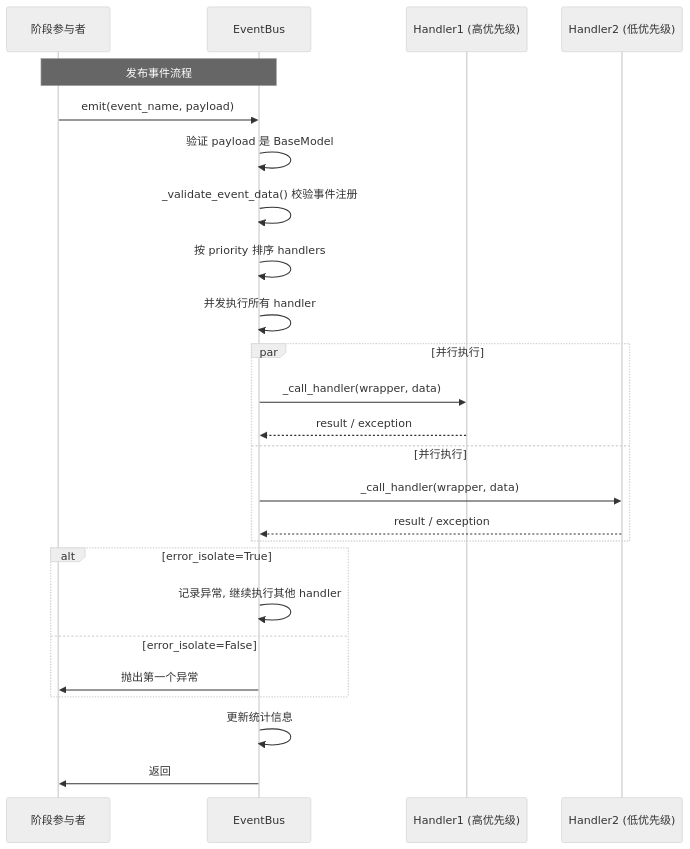
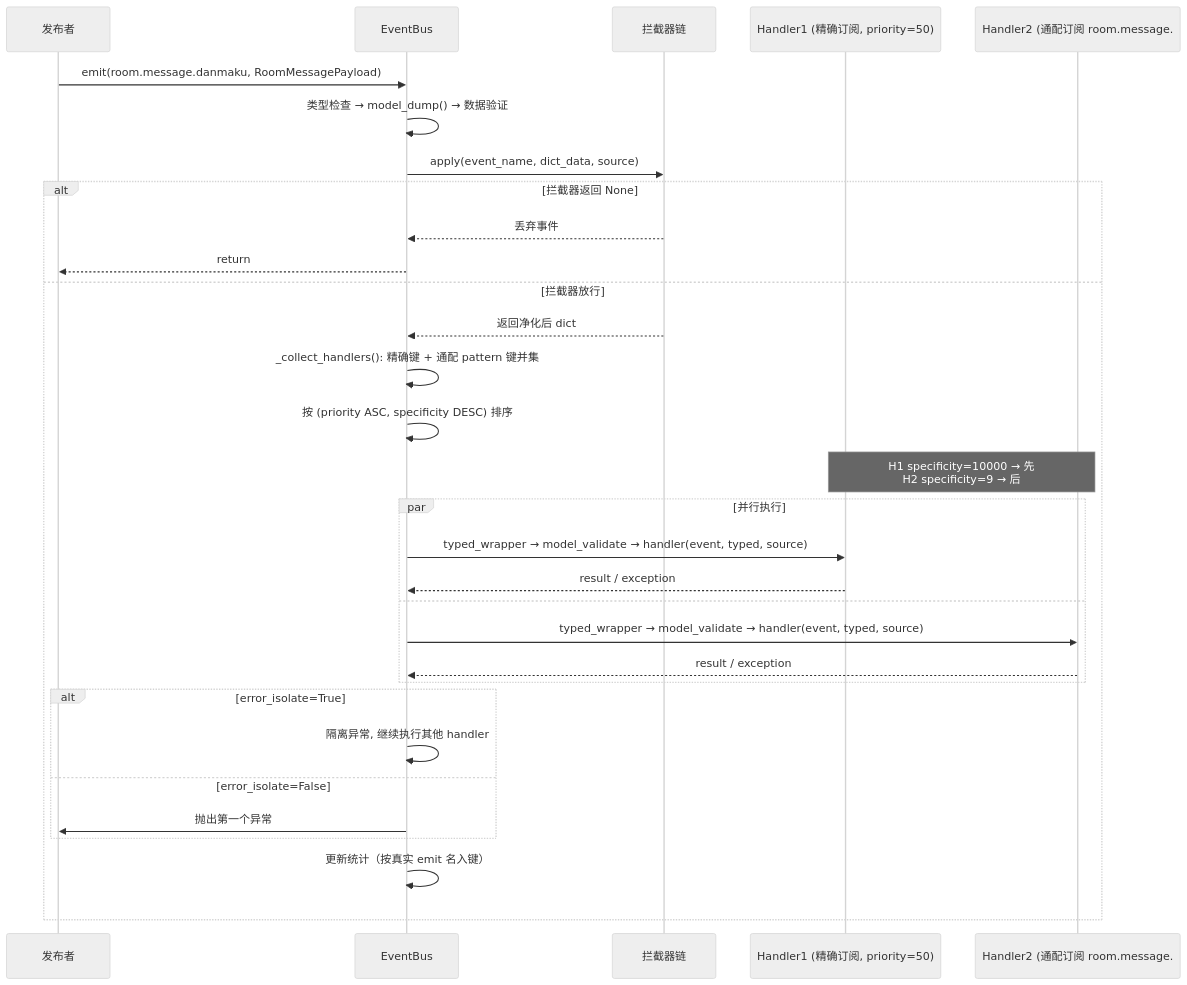
The third of 4 diagrams in docs/architecture/event-system.md (Mai-with-u/Amaidesu), drawn with Mermaid (neutral theme) before and after one commit. The commit also changed other lines of this file and 19 other files, not shown here.

````diff
--- a/docs/architecture/event-system.md
+++ b/docs/architecture/event-system.md
@@ -505,33 +690,38 @@
 ```mermaid
 sequenceDiagram
-    participant P as 阶段参与者
+    participant P as 发布者
     participant EB as EventBus
-    participant H1 as Handler1 (高优先级)
-    participant H2 as Handler2 (低优先级)
+    participant IC as 拦截器链
+    participant H1 as Handler1 (精确订阅, priority=50)
+    participant H2 as Handler2 (通配订阅 room.message.#)
 
-    Note over P,EB: 发布事件流程
+    P->>EB: emit(room.message.danmaku, RoomMessagePayload)
+    EB->>EB: 类型检查 → model_dump() → 数据验证
 
-    P->>EB: emit(event_name, payload)
-    EB->>EB: 验证 payload 是 BaseModel
-    EB->>EB: _validate_event_data() 校验事件注册
+    EB->>IC: apply(event_name, dict_data, source)
+    alt 拦截器返回 None
+        IC-->>EB: 丢弃事件
+        EB-->>P: return
+    else 拦截器放行
+        IC-->>EB: 返回净化后 dict
+        EB->>EB: _collect_handlers(): 精确键 + 通配 pattern 键并集
+        EB->>EB: 按 (priority ASC, specificity DESC) 排序
+        Note over H1,H2: H1 specificity=10000 → 先<br/>H2 specificity=9 → 后
 
-    EB->>EB: 按 priority 排序 handlers
-    EB->>EB: 并发执行所有 handler
+        par 并行执行
+            EB->>H1: typed_wrapper → model_validate → handler(event, typed, source)
+            H1-->>EB: result / exception
+        and
+            EB->>H2: typed_wrapper → model_validate → handler(event, typed, source)
+            H2-->>EB: result / exception
+        end
 
-    par 并行执行
-        EB->>H1: _call_handler(wrapper, data)
-        H1-->>EB: result / exception
-    and 并行执行
-        EB->>H2: _call_handler(wrapper, data)
-        H2-->>EB: result / exception
+        alt error_isolate=True
+            EB->>EB: 隔离异常, 继续执行其他 handler
+        else error_isolate=False
+            EB->>P: 抛出第一个异常
+        end
+
+        EB->>EB: 更新统计（按真实 emit 名入键）
     end
-
-    alt error_isolate=True
-        EB->>EB: 记录异常, 继续执行其他 handler
-    else error_isolate=False
-        EB->>P: 抛出第一个异常
-    end
-
-    EB->>EB: 更新统计信息
-    EB->>P: 返回
 ```
````
